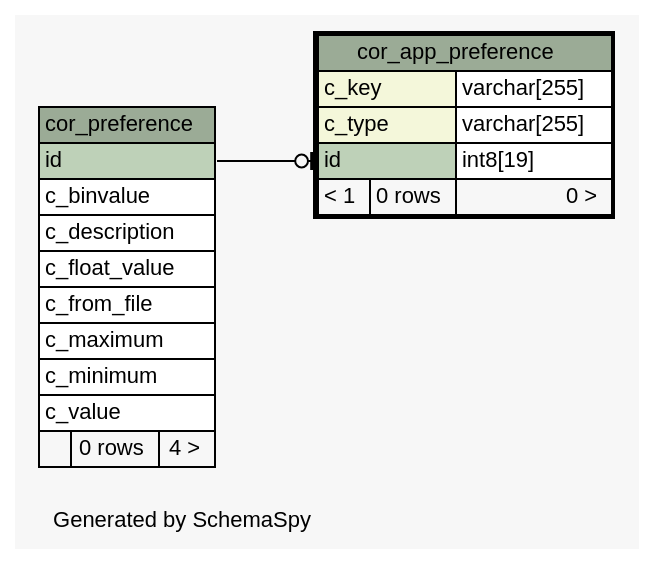
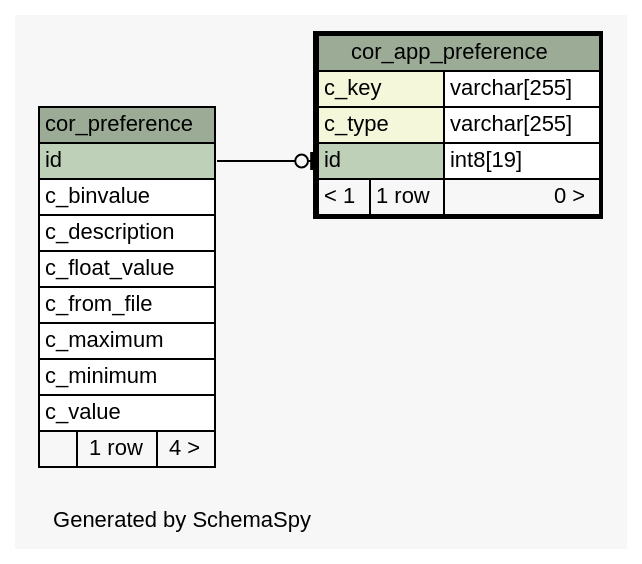
The diagram in schemaspy/diagrams/cor_app_preference.1degree.dot (openwms/org.openwms.core.preferences.lib), drawn with Graphviz before and after one commit. The commit also changed 228 other files, not shown here.

```diff
--- a/schemaspy/diagrams/cor_app_preference.1degree.dot
+++ b/schemaspy/diagrams/cor_app_preference.1degree.dot
@@ -1,52 +1,52 @@
-// dot 2.40.1 on Mac OS X 10.14.6
+// dot 2.36.0 on Linux 4.4.0-101-generic
 // SchemaSpy rev Unknown
 digraph "oneDegreeRelationshipsDiagram" {
   graph [
     rankdir="RL"
     bgcolor="#f7f7f7"
     label="\nGenerated by SchemaSpy"
     labeljust="l"
     nodesep="0.18"
     ranksep="0.46"
     fontname="Helvetica"
     fontsize="11"
   ];
   node [
     fontname="Helvetica"
     fontsize="11"
     shape="plaintext"
   ];
   edge [
     arrowsize="0.8"
   ];
   "cor_app_preference":"id":w -> "cor_preference":"id":e [arrowhead=none dir=back arrowtail=teeodot];
   "cor_app_preference" [
     label=<
     <TABLE BORDER="2" CELLBORDER="1" CELLSPACING="0" BGCOLOR="#ffffff">
       <TR><TD COLSPAN="3" BGCOLOR="#9bab96" ALIGN="CENTER">cor_app_preference</TD></TR>
       <TR><TD PORT="c_key" COLSPAN="2" BGCOLOR="#f4f7da" ALIGN="LEFT">c_key</TD><TD PORT="c_key.type" ALIGN="LEFT">varchar[255]</TD></TR>
       <TR><TD PORT="c_type" COLSPAN="2" BGCOLOR="#f4f7da" ALIGN="LEFT">c_type</TD><TD PORT="c_type.type" ALIGN="LEFT">varchar[255]</TD></TR>
       <TR><TD PORT="id" COLSPAN="2" BGCOLOR="#bed1b8" ALIGN="LEFT">id</TD><TD PORT="id.type" ALIGN="LEFT">int8[19]</TD></TR>
-      <TR><TD ALIGN="LEFT" BGCOLOR="#f7f7f7">&lt; 1</TD><TD ALIGN="RIGHT" BGCOLOR="#f7f7f7">0 rows</TD><TD ALIGN="RIGHT" BGCOLOR="#f7f7f7">0 &gt;</TD></TR>
+      <TR><TD ALIGN="LEFT" BGCOLOR="#f7f7f7">&lt; 1</TD><TD ALIGN="RIGHT" BGCOLOR="#f7f7f7">1 row</TD><TD ALIGN="RIGHT" BGCOLOR="#f7f7f7">0 &gt;</TD></TR>
     </TABLE>>
     URL="cor_app_preference.html"
     tooltip="cor_app_preference"
   ];
   "cor_preference" [
     label=<
     <TABLE BORDER="0" CELLBORDER="1" CELLSPACING="0" BGCOLOR="#ffffff">
       <TR><TD COLSPAN="3" BGCOLOR="#9bab96" ALIGN="CENTER">cor_preference</TD></TR>
       <TR><TD PORT="id" COLSPAN="3" BGCOLOR="#bed1b8" ALIGN="LEFT">id</TD></TR>
       <TR><TD PORT="c_binvalue" COLSPAN="3" ALIGN="LEFT">c_binvalue</TD></TR>
       <TR><TD PORT="c_description" COLSPAN="3" ALIGN="LEFT">c_description</TD></TR>
       <TR><TD PORT="c_float_value" COLSPAN="3" ALIGN="LEFT">c_float_value</TD></TR>
       <TR><TD PORT="c_from_file" COLSPAN="3" ALIGN="LEFT">c_from_file</TD></TR>
       <TR><TD PORT="c_maximum" COLSPAN="3" ALIGN="LEFT">c_maximum</TD></TR>
       <TR><TD PORT="c_minimum" COLSPAN="3" ALIGN="LEFT">c_minimum</TD></TR>
       <TR><TD PORT="c_value" COLSPAN="3" ALIGN="LEFT">c_value</TD></TR>
-      <TR><TD ALIGN="LEFT" BGCOLOR="#f7f7f7">  </TD><TD ALIGN="RIGHT" BGCOLOR="#f7f7f7">0 rows</TD><TD ALIGN="RIGHT" BGCOLOR="#f7f7f7">4 &gt;</TD></TR>
+      <TR><TD ALIGN="LEFT" BGCOLOR="#f7f7f7">  </TD><TD ALIGN="RIGHT" BGCOLOR="#f7f7f7">1 row</TD><TD ALIGN="RIGHT" BGCOLOR="#f7f7f7">4 &gt;</TD></TR>
     </TABLE>>
     URL="cor_preference.html"
     tooltip="cor_preference"
   ];
 }
```
